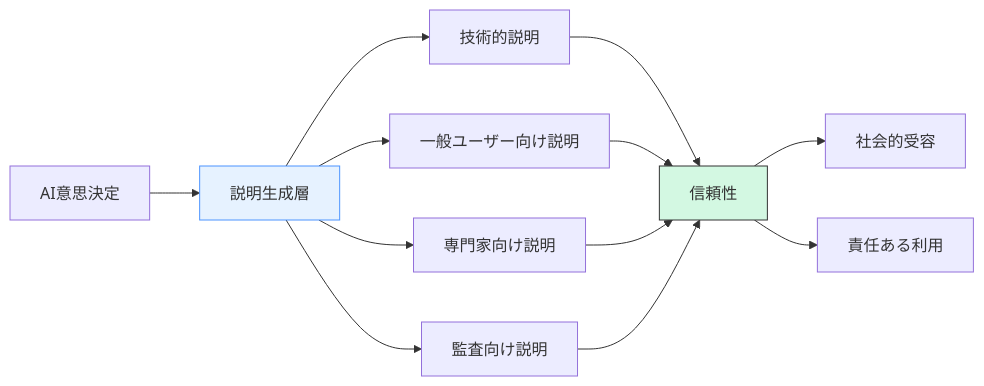
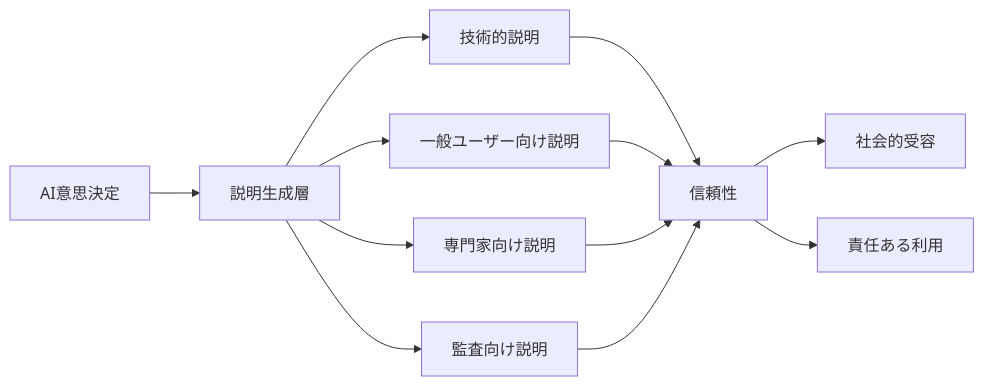
The fifth of 6 diagrams in docs/ai-and-future/ai-dm-context.md (shuji-bonji/Situational-Awareness-and-Decision-Making), drawn with Mermaid before and after one commit. The commit also changed other lines of this file and 49 other files, not shown here.

Commit message:
fix: ダークモードで見づらい図の色の変更

````diff
--- a/docs/ai-and-future/ai-dm-context.md
+++ b/docs/ai-and-future/ai-dm-context.md
@@ -501,18 +489,15 @@
 ```mermaid
 graph LR
     A[AI意思決定] --> B[説明生成層]
     B --> C1[技術的説明]
     B --> C2[一般ユーザー向け説明]
     B --> C3[専門家向け説明]
     B --> C4[監査向け説明]
     
     C1 --> D[信頼性]
     C2 --> D
     C3 --> D
     C4 --> D
     D --> E[社会的受容]
     D --> F[責任ある利用]
-    
-    style B fill:#e6f2ff,stroke:#4d94ff
-    style D fill:#d3f8e2,stroke:#333
 ```
````
